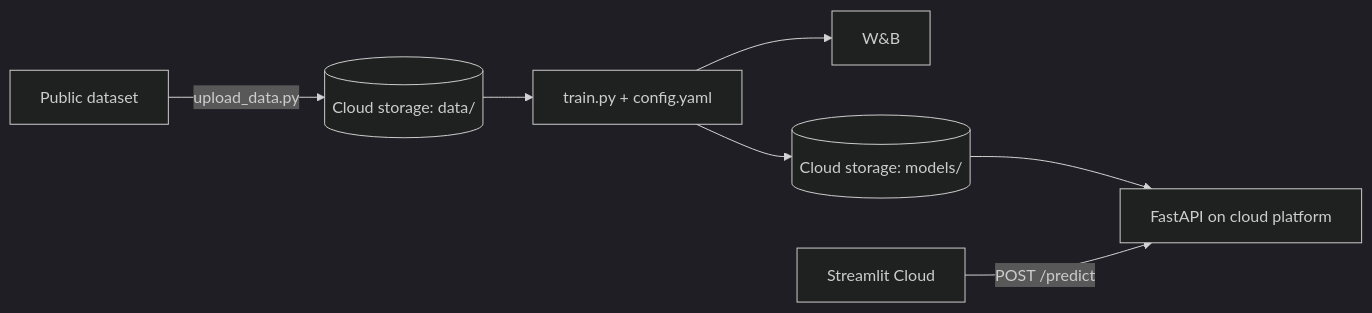
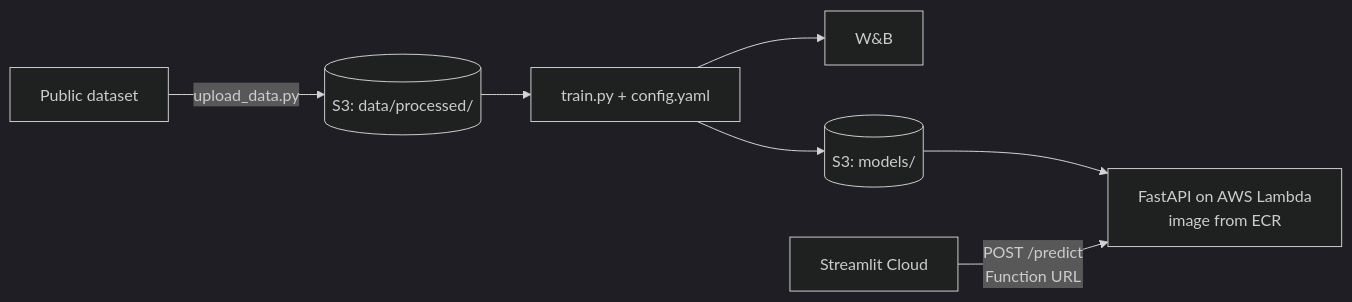
One commit to haydn-s/sourcing-data-project-3 changed the diagram in docs/DEVELOPMENT_PLAN.md. Above: the diagram before and after it, drawn with Mermaid (dark theme). The commit also changed other lines of this file and 1 other file, not shown here.

First line of the commit message:
docs: choose aws s3 and lambda for storage and serving

````diff
--- a/docs/DEVELOPMENT_PLAN.md
+++ b/docs/DEVELOPMENT_PLAN.md
@@ -64,9 +64,9 @@
 ```mermaid
 flowchart LR
-    SRC[Public dataset] -->|upload_data.py| STORED[(Cloud storage: data/)]
+    SRC[Public dataset] -->|upload_data.py| STORED[(S3: data/processed/)]
     STORED --> TRAIN[train.py + config.yaml]
     TRAIN --> WB[W&B]
-    TRAIN --> STOREM[(Cloud storage: models/)]
-    STOREM --> API[FastAPI on cloud platform]
-    UI[Streamlit Cloud] -->|POST /predict| API
+    TRAIN --> STOREM[(S3: models/)]
+    STOREM --> API[FastAPI on AWS Lambda<br/>image from ECR]
+    UI[Streamlit Cloud] -->|POST /predict<br/>Function URL| API
 ```
````
